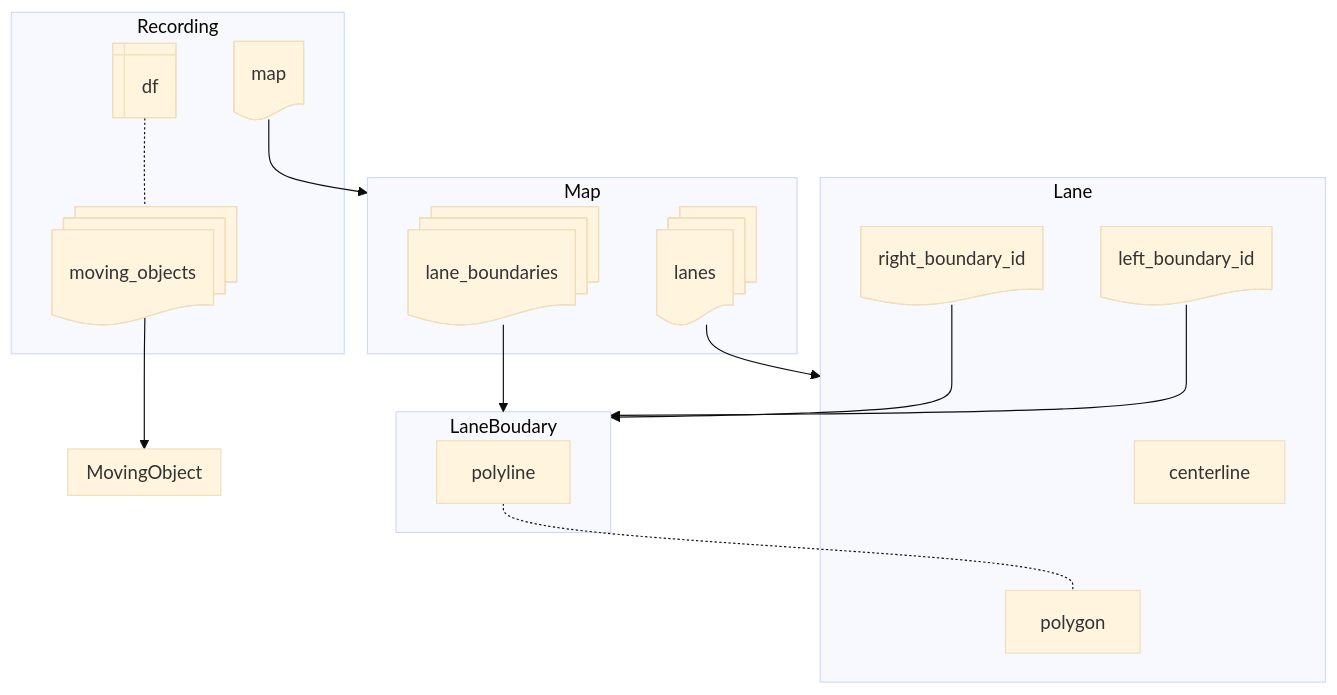
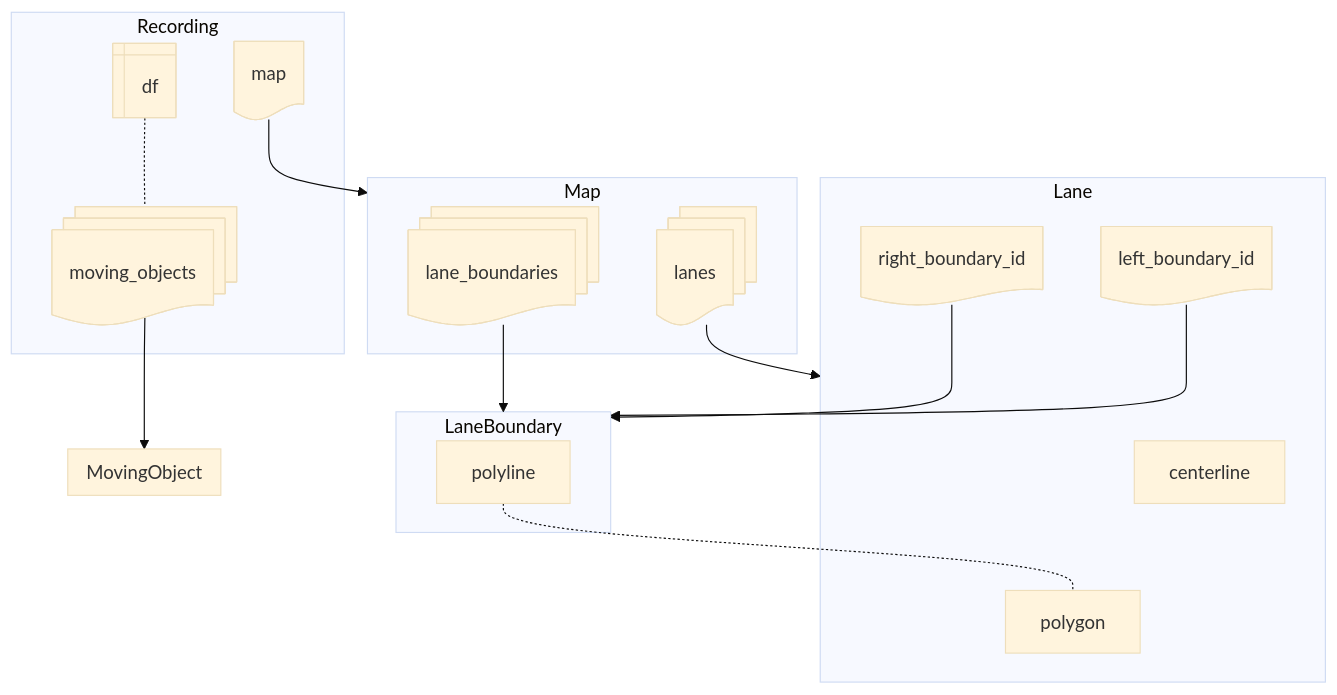
The diagram in docs/library.md (ika-rwth-aachen/omega-prime), drawn with Mermaid (base theme) before and after one commit. The commit also changed other lines of this file and 17 other files, not shown here.

````diff
--- a/docs/library.md
+++ b/docs/library.md
@@ -14,37 +14,37 @@
 ```mermaid
 flowchart TB
     
     subgraph recording [Recording]
         rec_map[map]@{ shape: doc }
         df@{ shape: win-pane }
         moving_objects@{ shape: docs } 
     end
     df -.- moving_objects
 
     rec_map --> map
     subgraph map [Map]
         lane_boundaries@{ shape: docs }
         lanes@{ shape: docs }
     end
 
     subgraph lane [Lane]
         centerline
         lane_polygon[polygon]
         right_boundary_id@{ shape: doc }
         left_boundary_id@{ shape: doc }
     end
 
-    subgraph lane_boundary [LaneBoudary]
+    subgraph lane_boundary [LaneBoundary]
         polyline
     end
     lanes --> lane
     lane_boundaries --> lane_boundary
     right_boundary_id --> lane_boundary
     left_boundary_id --> lane_boundary
     polyline -.- lane_polygon
 
     subgraph moving_object [MovingObject]
         
     end
     moving_objects --> moving_object
 ```
````
